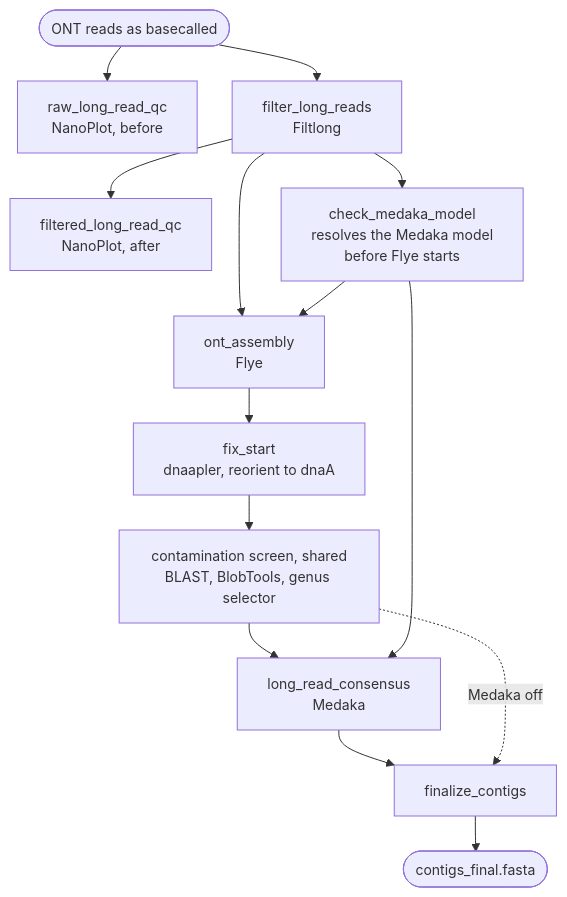
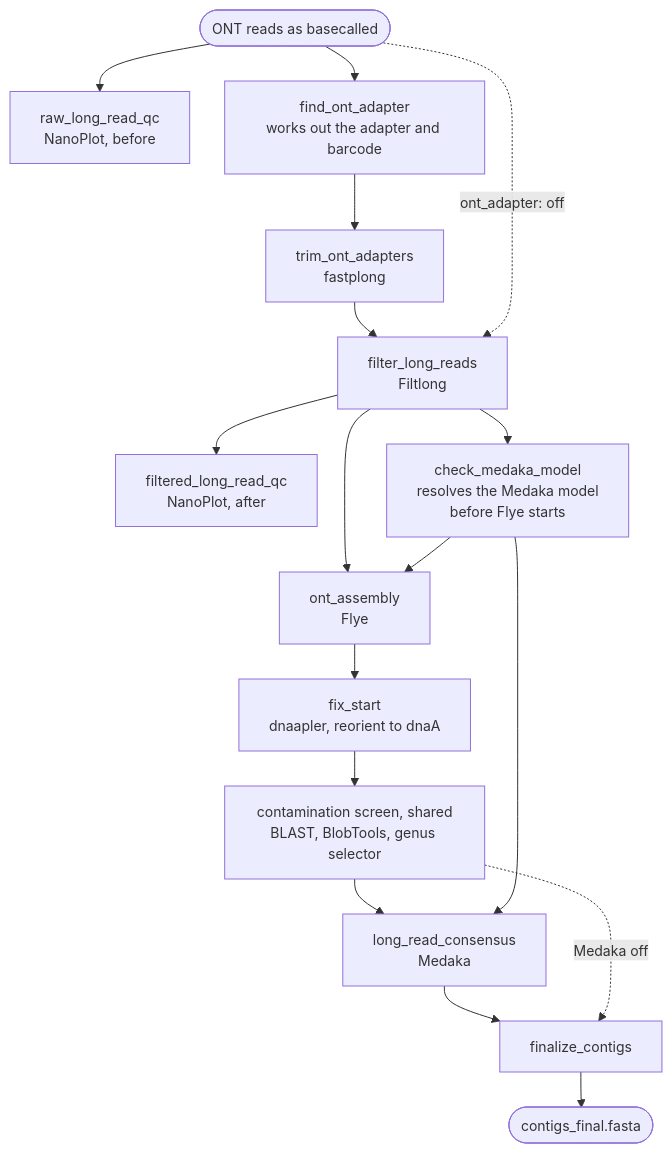
Before and after one commit to iLivius/BacFlux: the diagram in docs/modes/nanopore.md, drawn with Mermaid. The commit also changed other lines of this file and 45 other files, not shown here.

````diff
--- a/docs/modes/nanopore.md
+++ b/docs/modes/nanopore.md
@@ -8,31 +9,34 @@
 ```mermaid
 ---
 config:
   themeVariables:
     fontSize: 14px
   flowchart:
     nodeSpacing: 35
     rankSpacing: 35
 ---
 flowchart TD
     RAW([ONT reads as basecalled])
     QC1[raw_long_read_qc<br/>NanoPlot, before]
+    SCAN[find_ont_adapter<br/>works out the adapter and barcode]
+    TRIM[trim_ont_adapters<br/>fastplong]
     FL[filter_long_reads<br/>Filtlong]
     QC2[filtered_long_read_qc<br/>NanoPlot, after]
     MK[check_medaka_model<br/>resolves the Medaka model<br/>before Flye starts]
     ASM[ont_assembly<br/>Flye]
     FIX[fix_start<br/>dnaapler, reorient to dnaA]
     SC[contamination screen, shared<br/>BLAST, BlobTools, genus selector]
     POL[long_read_consensus<br/>Medaka]
     FIN[finalize_contigs]
     OUT([contigs_final.fasta])
 
     RAW --> QC1
-    RAW --> FL --> QC2
+    RAW --> SCAN --> TRIM --> FL --> QC2
+    RAW -.->|ont_adapter: off| FL
     FL --> MK
     FL --> ASM
     MK --> ASM
     ASM --> FIX --> SC --> POL --> FIN --> OUT
     MK --> POL
     SC -.->|Medaka off| FIN
 ```
````
